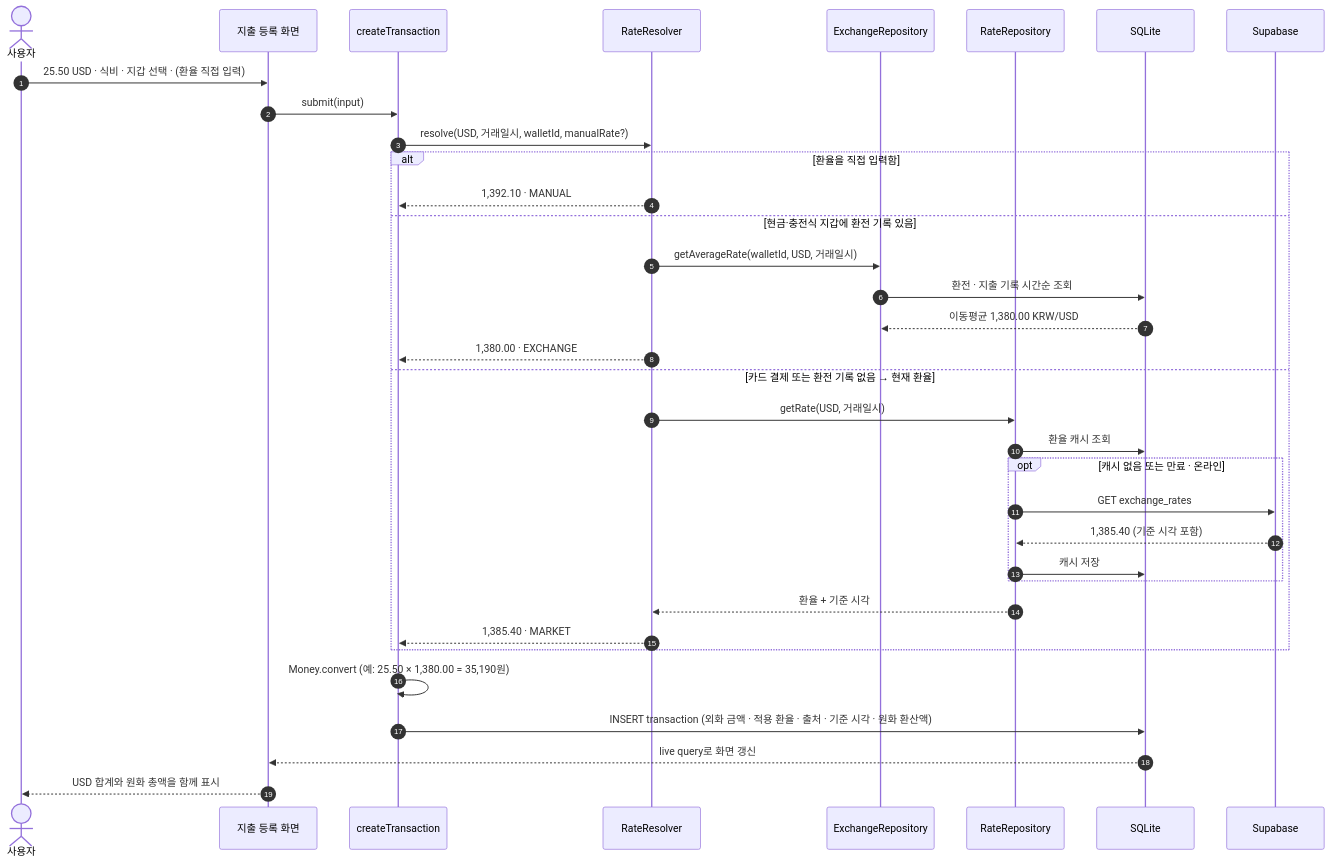
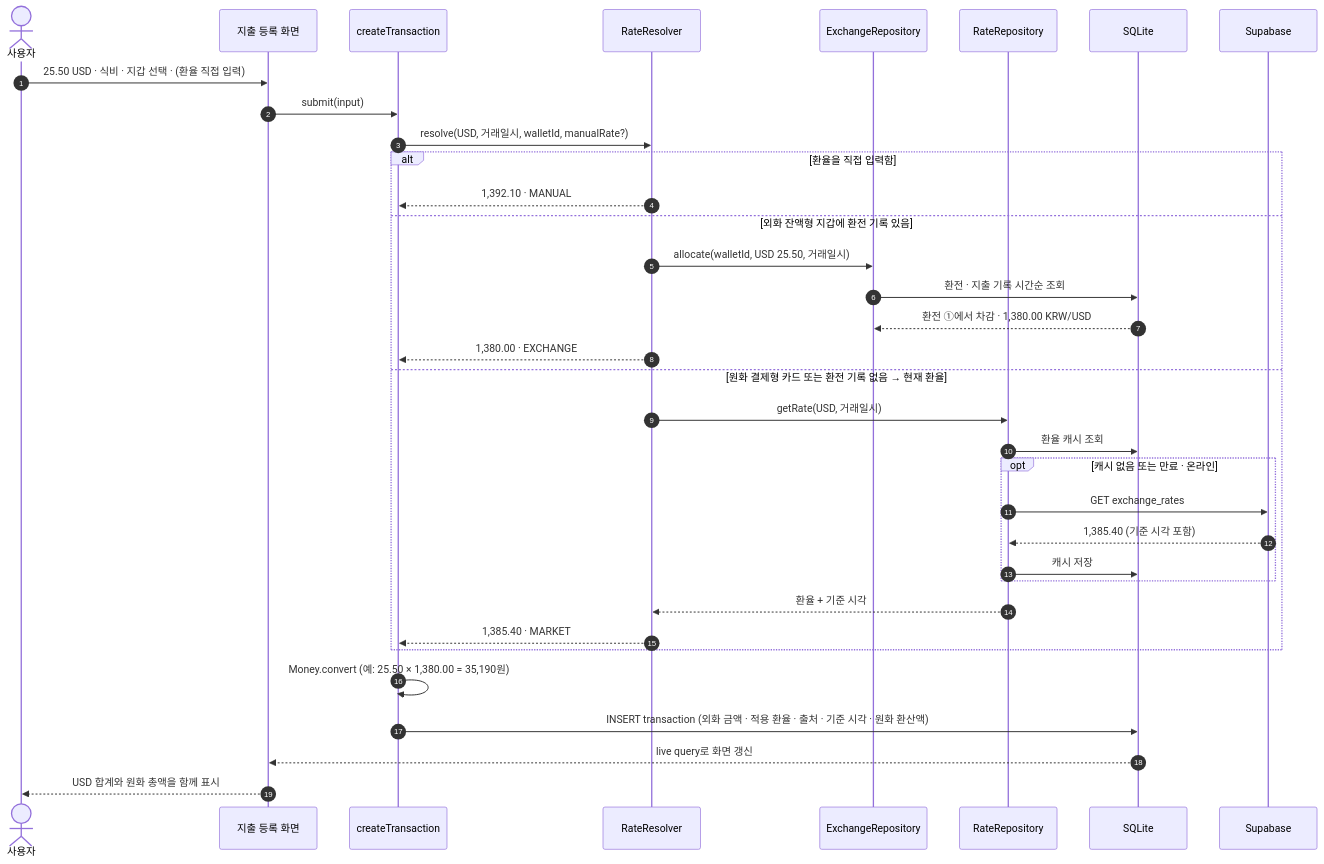
One commit to Xeoyeon/tradger changed the third of 5 diagrams in docs/01-architecture.md. Above: the diagram before and after it, drawn with Mermaid. The commit also changed other lines of this file and 2 other files, not shown here.

````diff
--- a/docs/01-architecture.md
+++ b/docs/01-architecture.md
@@ -151,38 +151,38 @@
 ```mermaid
 sequenceDiagram
   autonumber
   actor U as 사용자
   participant F as 지출 등록 화면
   participant UC as createTransaction
   participant RR as RateResolver
   participant EX as ExchangeRepository
   participant RT as RateRepository
   participant DB as SQLite
   participant SB as Supabase
 
   U->>F: 25.50 USD · 식비 · 지갑 선택 · (환율 직접 입력)
   F->>UC: submit(input)
   UC->>RR: resolve(USD, 거래일시, walletId, manualRate?)
   alt 환율을 직접 입력함
     RR-->>UC: 1,392.10 · MANUAL
-  else 현금·충전식 지갑에 환전 기록 있음
-    RR->>EX: getAverageRate(walletId, USD, 거래일시)
+  else 외화 잔액형 지갑에 환전 기록 있음
+    RR->>EX: allocate(walletId, USD 25.50, 거래일시)
     EX->>DB: 환전 · 지출 기록 시간순 조회
-    DB-->>EX: 이동평균 1,380.00 KRW/USD
+    DB-->>EX: 환전 ①에서 차감 · 1,380.00 KRW/USD
     RR-->>UC: 1,380.00 · EXCHANGE
-  else 카드 결제 또는 환전 기록 없음 → 현재 환율
+  else 원화 결제형 카드 또는 환전 기록 없음 → 현재 환율
     RR->>RT: getRate(USD, 거래일시)
     RT->>DB: 환율 캐시 조회
     opt 캐시 없음 또는 만료 · 온라인
       RT->>SB: GET exchange_rates
       SB-->>RT: 1,385.40 (기준 시각 포함)
       RT->>DB: 캐시 저장
     end
     RT-->>RR: 환율 + 기준 시각
     RR-->>UC: 1,385.40 · MARKET
   end
   UC->>UC: Money.convert (예: 25.50 × 1,380.00 = 35,190원)
   UC->>DB: INSERT transaction (외화 금액 · 적용 환율 · 출처 · 기준 시각 · 원화 환산액)
   DB-->>F: live query로 화면 갱신
   F-->>U: USD 합계와 원화 총액을 함께 표시
 ```
````
